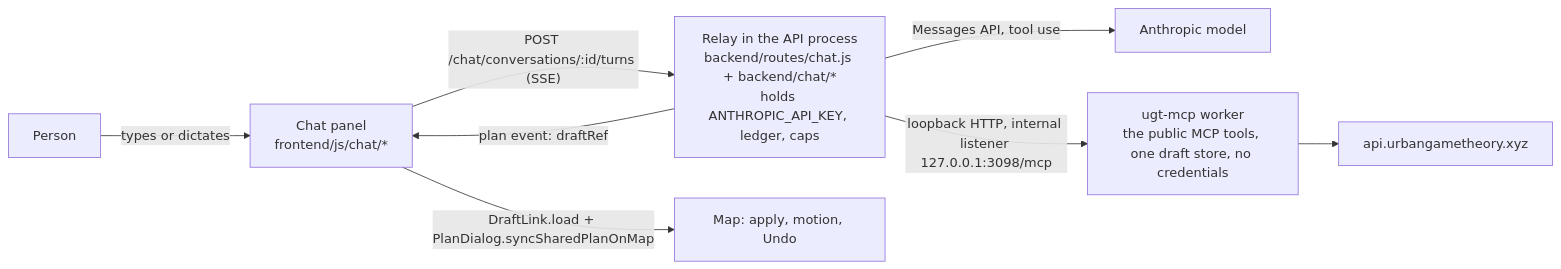
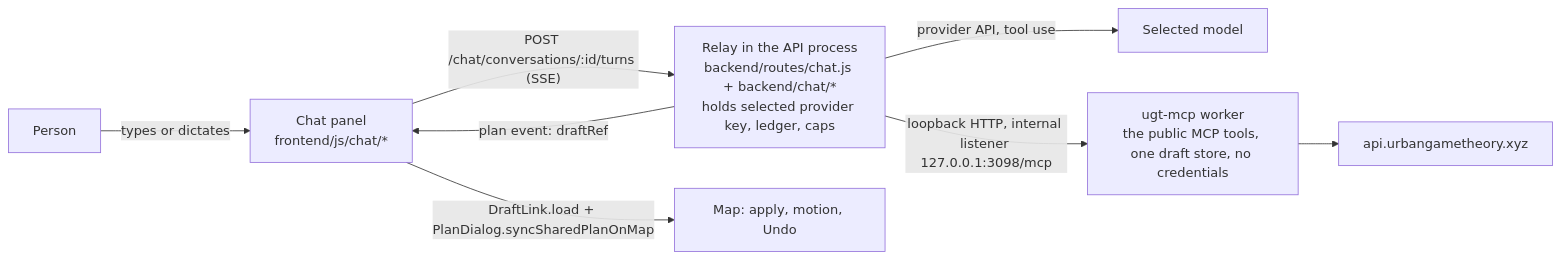
The diagram in docs/chat-agent.md (Poglavar/consensus-builder), drawn with Mermaid before and after one commit. The commit also changed other lines of this file and 69 other files, not shown here.

````diff
--- a/docs/chat-agent.md
+++ b/docs/chat-agent.md
@@ -23,10 +23,10 @@
 ```mermaid
 flowchart LR
     P[Person] -- types or dictates --> PANEL[Chat panel<br/>frontend/js/chat/*]
-    PANEL -- "POST /chat/conversations/:id/turns (SSE)" --> RELAY["Relay in the API process<br/>backend/routes/chat.js + backend/chat/*<br/>holds ANTHROPIC_API_KEY, ledger, caps"]
-    RELAY -- Messages API, tool use --> LLM[Anthropic model]
+    PANEL -- "POST /chat/conversations/:id/turns (SSE)" --> RELAY["Relay in the API process<br/>backend/routes/chat.js + backend/chat/*<br/>holds selected provider key, ledger, caps"]
+    RELAY -- provider API, tool use --> LLM[Selected model]
     RELAY -- "loopback HTTP, internal listener 127.0.0.1:3098/mcp" --> MCP["ugt-mcp worker<br/>the public MCP tools, one draft store, no credentials"]
     MCP --> API[api.urbangametheory.xyz]
     RELAY -- "plan event: draftRef" --> PANEL
     PANEL -- "DraftLink.load + PlanDialog.syncSharedPlanOnMap" --> MAP[Map: apply, motion, Undo]
 ```
````
